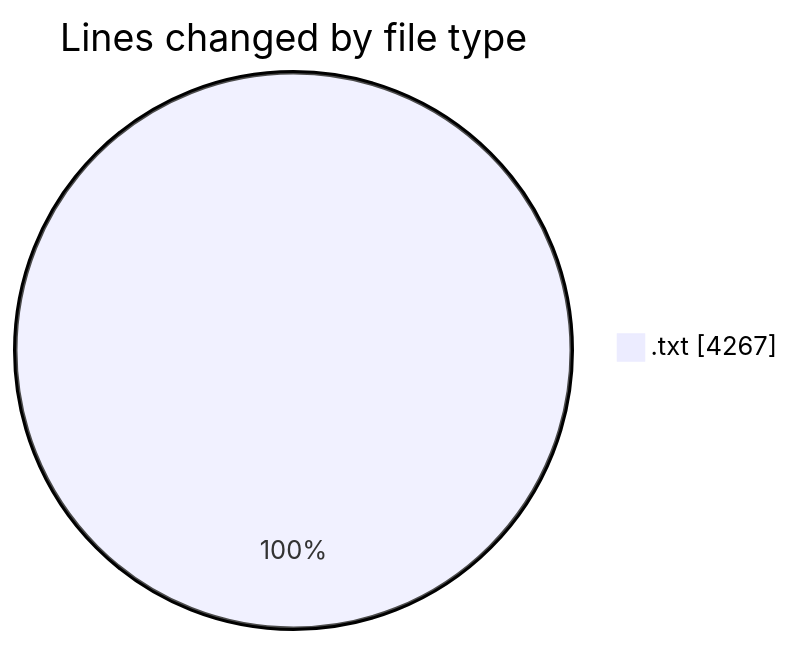
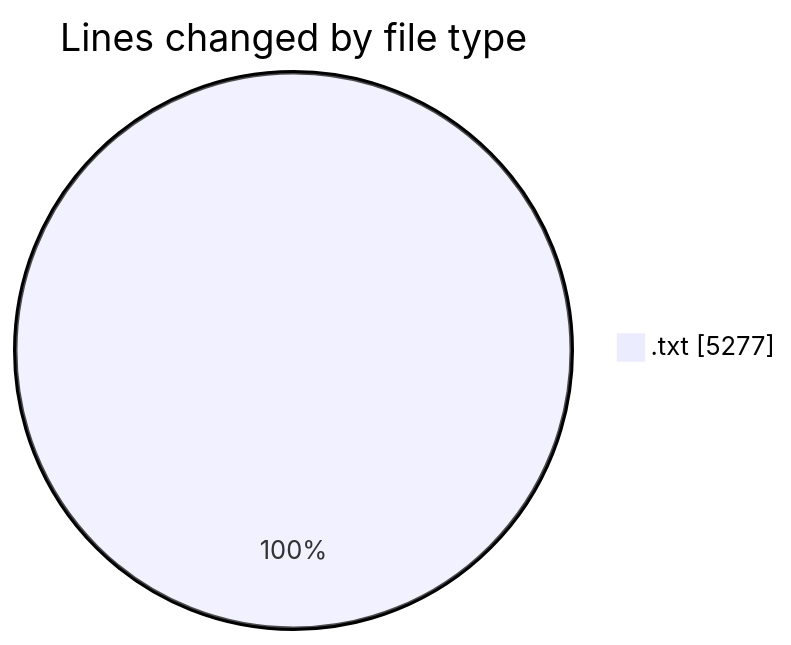
The first of 2 diagrams in 2026-11-23/informesdocpath/README.md (ricardozamudiocil/code-tracking), drawn with Mermaid before and after one commit. The commit also changed other lines of this file and 1 other file, not shown here.

````diff
--- a/2026-11-23/informesdocpath/README.md
+++ b/2026-11-23/informesdocpath/README.md
@@ -20,5 +20,5 @@
 ```mermaid
 pie showData
 title Lines changed by file type
-".txt" : 4267
+".txt" : 5277
 ```
````
